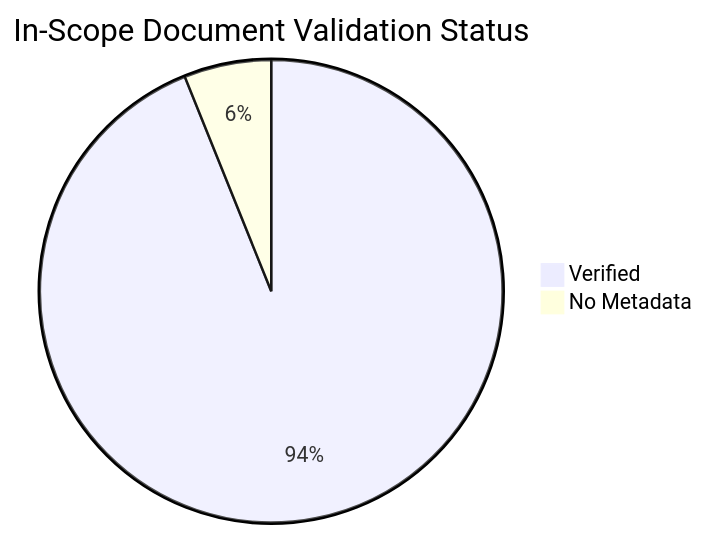
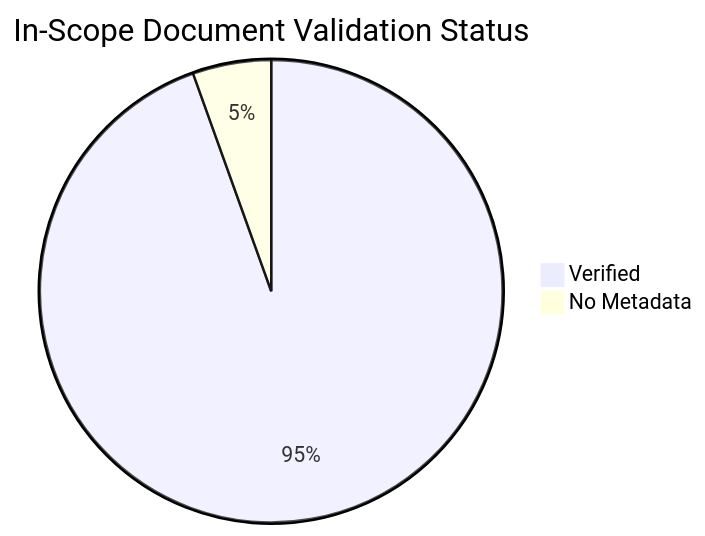
The diagram in docs/reference/content-validation-status.md (yeongseon/azure-container-apps-practical-guide), drawn with Mermaid before and after one commit. The commit also changed other lines of this file and 3 other files, not shown here.

First line of the commit message:
docs(diagrams): migrate the Container Apps network isolation and no-ingress diagrams (#595)

````diff
--- a/docs/reference/content-validation-status.md
+++ b/docs/reference/content-validation-status.md
@@ -25,5 +25,5 @@
 ```mermaid
 pie title In-Scope Document Validation Status
-    "Verified" : 154
-    "No Metadata" : 10
+    "Verified" : 155
+    "No Metadata" : 9
 ```
````
